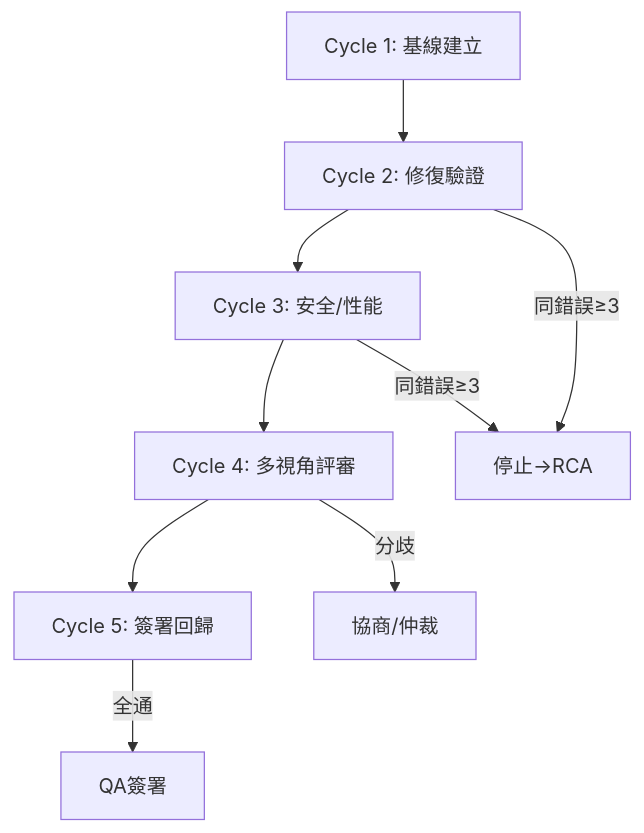
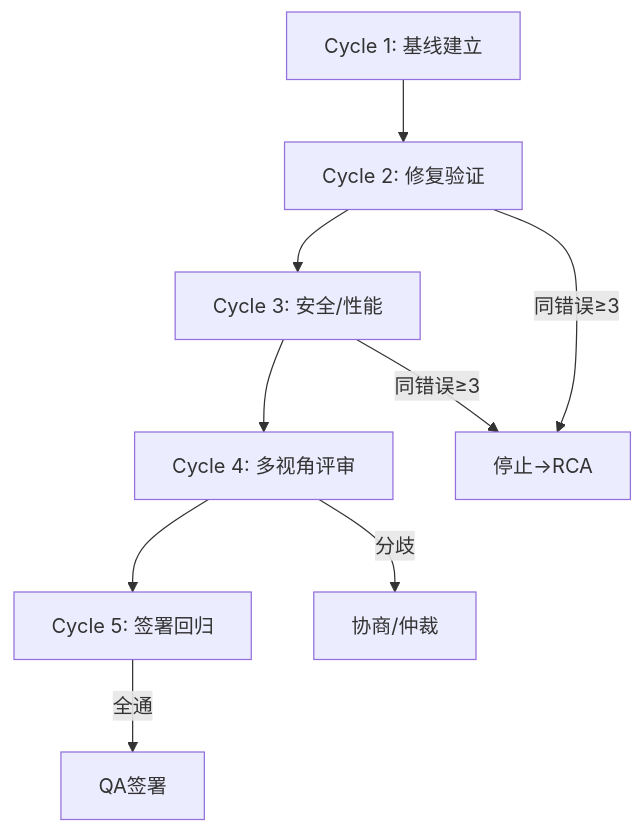
One commit to gogojaja/DevProjectTeamSkill changed the diagram in .trae/skills/dev-project-team-skill/skills/team-orchestration/domain/ultraqa.md. Above: the diagram before and after it, drawn with Mermaid. The commit also changed other lines of this file and 69 other files, not shown here.

````diff
--- a/.trae/skills/dev-project-team-skill/skills/team-orchestration/domain/ultraqa.md
+++ b/.trae/skills/dev-project-team-skill/skills/team-orchestration/domain/ultraqa.md
@@ -21,11 +21,11 @@
 ```mermaid
 graph TD
-    A[Cycle 1: 基線建立] --> B[Cycle 2: 修復驗證]
+    A[Cycle 1: 基线建立] --> B[Cycle 2: 修复验证]
     B --> C[Cycle 3: 安全/性能]
-    C --> D[Cycle 4: 多視角評審]
-    D --> E[Cycle 5: 簽署回歸]
-    E -->|全通| F[QA簽署]
-    B -->|同錯誤≥3| G[停止→RCA]
-    C -->|同錯誤≥3| G
-    D -->|分歧| H[協商/仲裁]
+    C --> D[Cycle 4: 多视角评审]
+    D --> E[Cycle 5: 签署回归]
+    E -->|全通| F[QA签署]
+    B -->|同错误≥3| G[停止→RCA]
+    C -->|同错误≥3| G
+    D -->|分歧| H[协商/仲裁]
 ```
````
